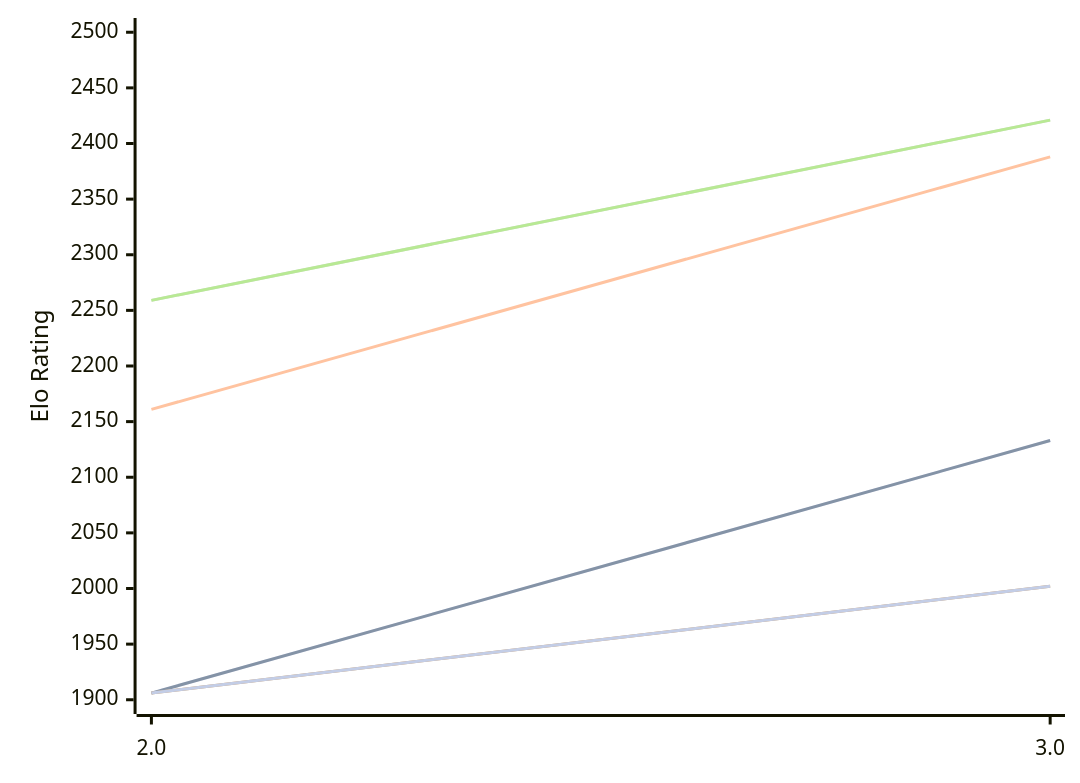
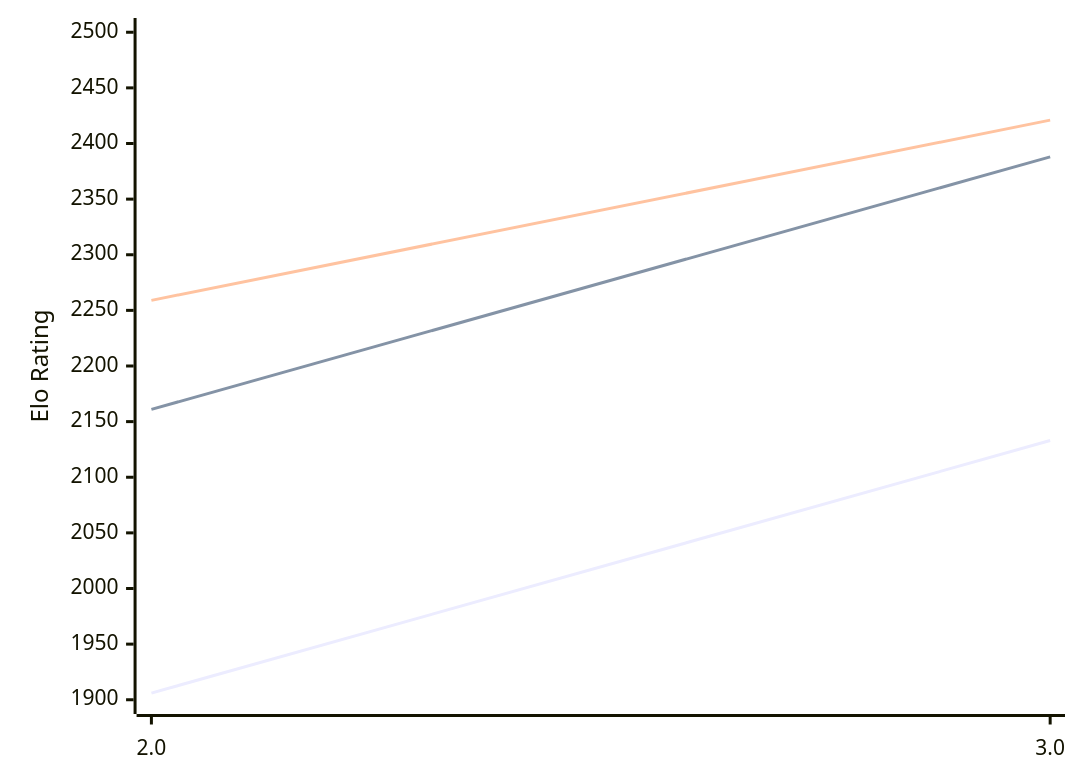
One commit to computer-chess-index/cci changed the diagram in engines/Zeno.md. Above: the diagram before and after it, drawn with Mermaid. The commit also changed other lines of this file, not shown here.

````diff
--- a/engines/Zeno.md
+++ b/engines/Zeno.md
@@ -48,13 +48,9 @@
 ```mermaid
 %%{init: {"theme":"base","themeVariables":{"seriesColors:['#a3a3a3','#222221','#faa371']}}}%%
 xychart-beta
   x-axis ["2.0", "3.0"]
   y-axis "Elo Rating" 1900 --> 2500
-  line "" [1906, 2133]
   line "T1: STC (8.0+0.08s)" [1906, 2133]
   line "T1: LTC (60.0+0.60s)" [2161, 2388]
-  line "" [2259, 2421]
   line "T1: VLTC (2m24s+1.12s)" [2259, 2421]
-  line "" [1906,2002]
-  line "E1: STC (8.0+0.08s)" [1906,2002]
 ```
````
